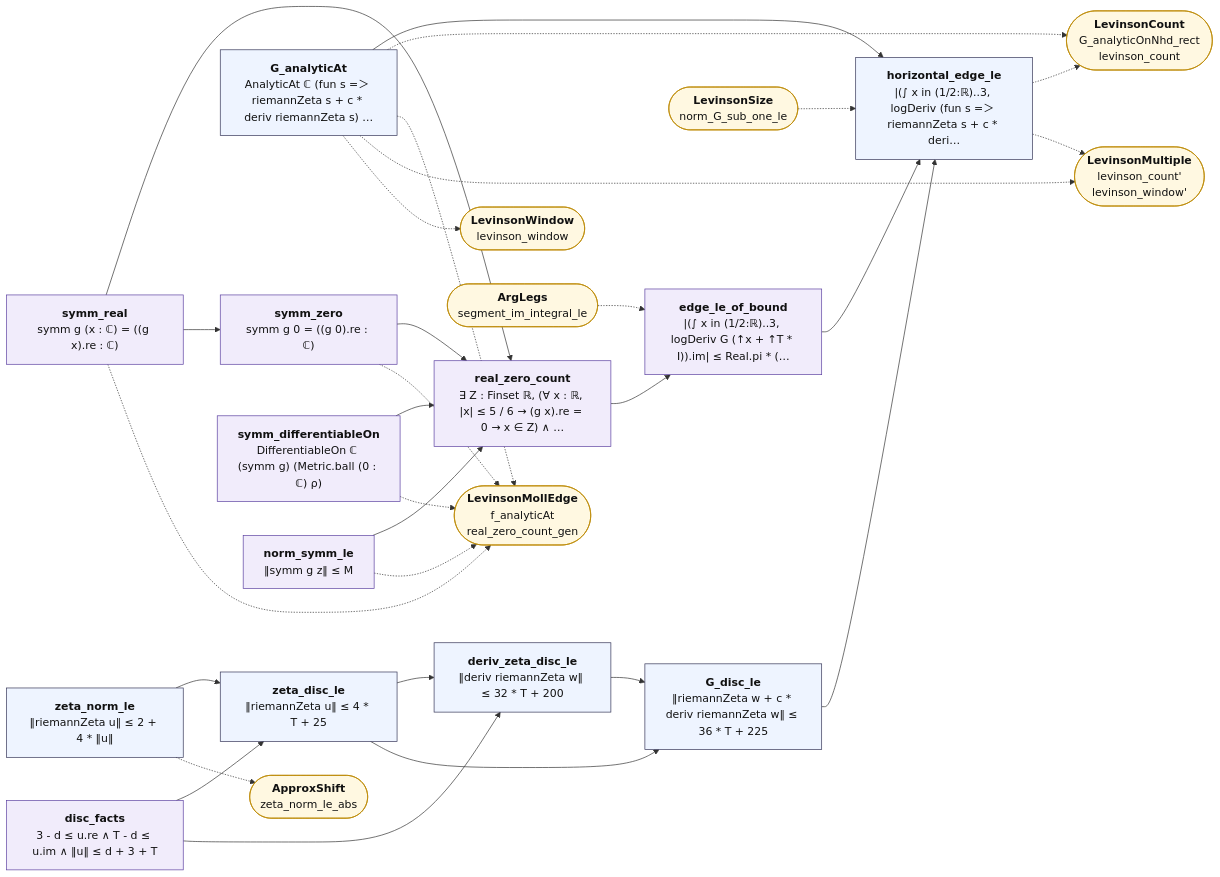
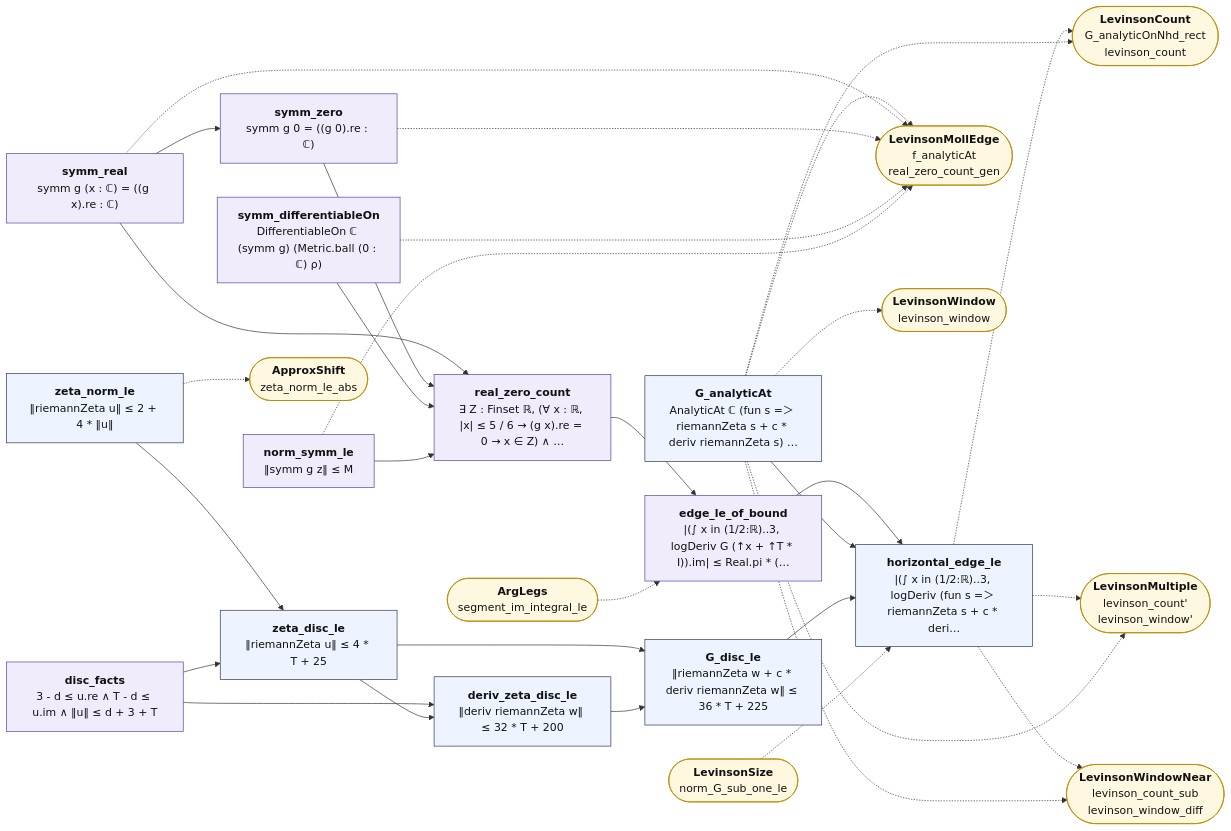
The diagram in map/lean_stage3/LevinsonEdge.md (juliansambranojr/Primebeat_081426), drawn with Mermaid before and after one commit. The commit also changed other lines of this file and 40 other files, not shown here.

````diff
--- a/map/lean_stage3/LevinsonEdge.md
+++ b/map/lean_stage3/LevinsonEdge.md
@@ -14,59 +14,62 @@
 ```mermaid
 flowchart LR
   n0["<b>zeta_norm_le</b><br/>‖riemannZeta u‖ ≤ 2 + 4 * ‖u‖"]:::thm
   n1["<b>disc_facts</b><br/>3 - d ≤ u.re ∧ T - d ≤ u.im ∧ ‖u‖ ≤ d + 3 + T"]:::shp
   n2["<b>zeta_disc_le</b><br/>‖riemannZeta u‖ ≤ 4 * T + 25"]:::thm
   n3["<b>deriv_zeta_disc_le</b><br/>‖deriv riemannZeta w‖ ≤ 32 * T + 200"]:::thm
   n4["<b>G_analyticAt</b><br/>AnalyticAt ℂ (fun s =＞ riemannZeta s + c * deriv riemannZeta s) …"]:::thm
   n5["<b>G_disc_le</b><br/>‖riemannZeta w + c * deriv riemannZeta w‖ ≤ 36 * T + 225"]:::thm
   n6["<b>symm_real</b><br/>symm g (x : ℂ) = ((g x).re : ℂ)"]:::shp
   n7["<b>symm_zero</b><br/>symm g 0 = ((g 0).re : ℂ)"]:::shp
   n8["<b>symm_differentiableOn</b><br/>DifferentiableOn ℂ (symm g) (Metric.ball (0 : ℂ) ρ)"]:::shp
   n9["<b>norm_symm_le</b><br/>‖symm g z‖ ≤ M"]:::shp
   n10["<b>real_zero_count</b><br/>∃ Z : Finset ℝ, (∀ x : ℝ, |x| ≤ 5 / 6 → (g x).re = 0 → x ∈ Z) ∧ …"]:::shp
   n11["<b>edge_le_of_bound</b><br/>|(∫ x in (1/2:ℝ)..3, logDeriv G (↑x + ↑T * I)).im| ≤ Real.pi * (…"]:::shp
   n12["<b>horizontal_edge_le</b><br/>|(∫ x in (1/2:ℝ)..3, logDeriv (fun s =＞ riemannZeta s + c * deri…"]:::thm
   x0(["<b>ApproxShift</b><br/>zeta_norm_le_abs"]):::ext
   x1(["<b>LevinsonCount</b><br/>G_analyticOnNhd_rect<br/>levinson_count"]):::ext
   x2(["<b>LevinsonMollEdge</b><br/>f_analyticAt<br/>real_zero_count_gen"]):::ext
   x3(["<b>LevinsonMultiple</b><br/>levinson_count'<br/>levinson_window'"]):::ext
   x4(["<b>LevinsonWindow</b><br/>levinson_window"]):::ext
-  x5(["<b>ArgLegs</b><br/>segment_im_integral_le"]):::ext
-  x6(["<b>LevinsonSize</b><br/>norm_G_sub_one_le"]):::ext
+  x5(["<b>LevinsonWindowNear</b><br/>levinson_count_sub<br/>levinson_window_diff"]):::ext
+  x6(["<b>ArgLegs</b><br/>segment_im_integral_le"]):::ext
+  x7(["<b>LevinsonSize</b><br/>norm_G_sub_one_le"]):::ext
   n0 --> n2
   n1 --> n2
   n1 --> n3
   n10 --> n11
   n11 --> n12
   n2 --> n3
   n2 --> n5
   n3 --> n5
   n4 --> n12
   n5 --> n12
   n6 --> n10
   n6 --> n7
   n7 --> n10
   n8 --> n10
   n9 --> n10
   n0 -.-> x0
   n12 -.-> x1
   n12 -.-> x3
+  n12 -.-> x5
   n4 -.-> x1
   n4 -.-> x2
   n4 -.-> x3
   n4 -.-> x4
+  n4 -.-> x5
   n6 -.-> x2
   n7 -.-> x2
   n8 -.-> x2
   n9 -.-> x2
-  x5 -.-> n11
-  x6 -.-> n12
+  x6 -.-> n11
+  x7 -.-> n12
   classDef cnt fill:#dff5ec,stroke:#17694a,color:#111
   classDef shp fill:#f1ecfb,stroke:#5b3fa0,color:#111
   classDef rh fill:#ffe5e5,stroke:#c22,color:#111,stroke-width:2px
   classDef thm fill:#eef4ff,stroke:#335,color:#111
   classDef end_ fill:#e7f7e7,stroke:#2a7,color:#111,stroke-width:2px
   classDef lone fill:#fff,stroke:#999,color:#111,stroke-dasharray:4 3
   classDef bad fill:#ffe5e5,stroke:#c22,color:#111,stroke-width:2px
   classDef ext fill:#fff8e1,stroke:#b80,color:#111
 ```
````
